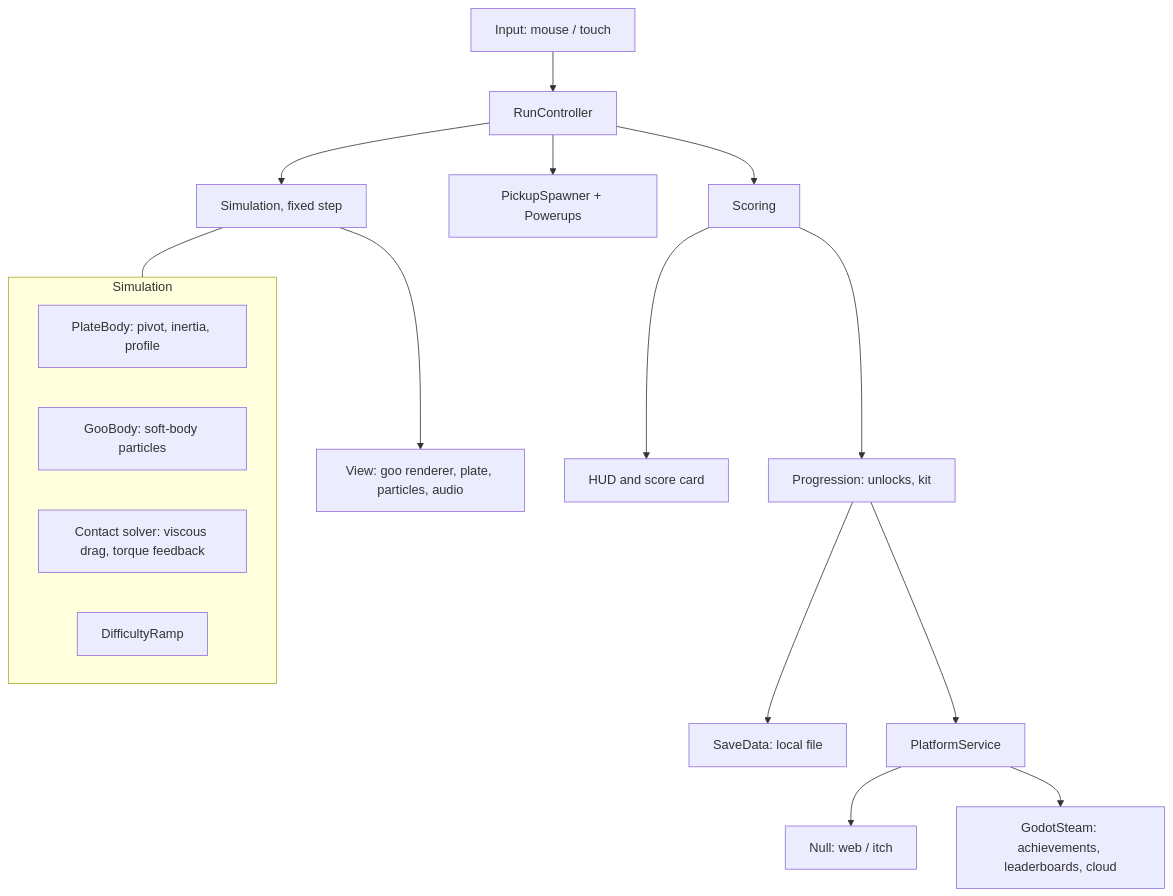
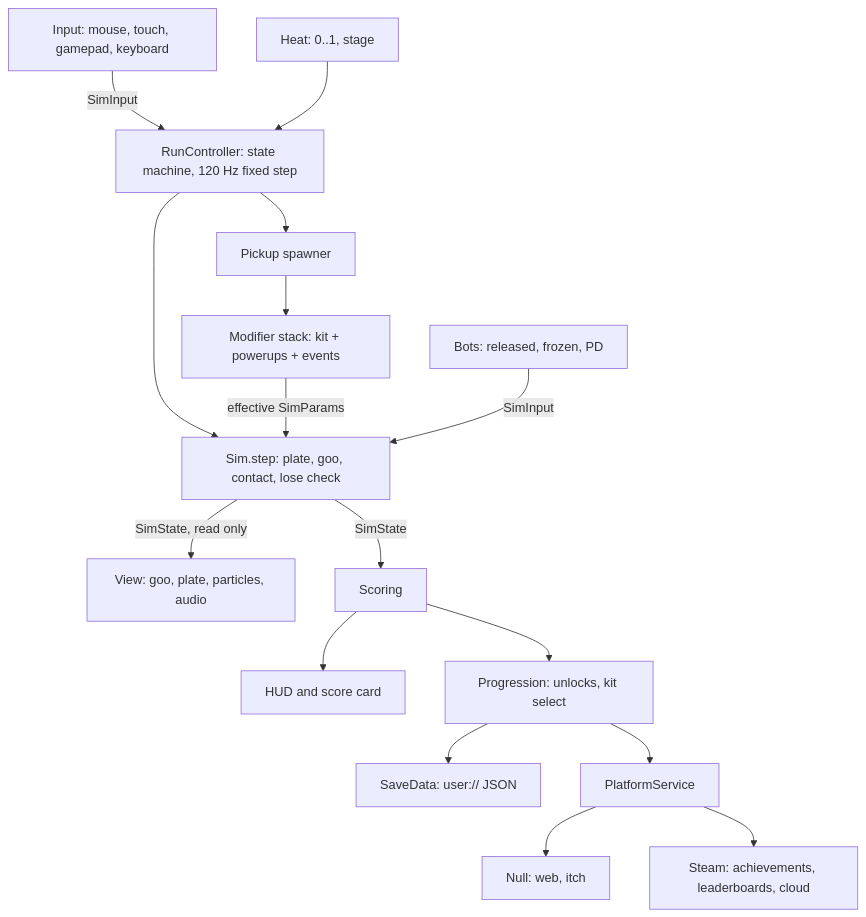
Before and after one commit to Edemkee/slime: the diagram in ARCHITECTURE.md, drawn with Mermaid. The commit also changed other lines of this file and 9 other files, not shown here.

````diff
--- a/ARCHITECTURE.md
+++ b/ARCHITECTURE.md
@@ -14,21 +32,18 @@
 ```mermaid
 flowchart TD
-    Input[Input: mouse / touch] --> Run[RunController]
-    Run --> Sim[Simulation, fixed step]
-    subgraph Sim_parts[Simulation]
-        Plate[PlateBody: pivot, inertia, profile]
-        Goo[GooBody: soft-body particles]
-        Contact[Contact solver: viscous drag, torque feedback]
-        Ramp[DifficultyRamp]
-    end
-    Sim --- Sim_parts
-    Run --> Pickups[PickupSpawner + Powerups]
-    Run --> Score[Scoring]
-    Sim --> View[View: goo renderer, plate, particles, audio]
+    Input[Input: mouse, touch, gamepad, keyboard] -->|SimInput| Run[RunController: state machine, 120 Hz fixed step]
+    Heat[Heat: 0..1, stage] --> Run
+    Run --> Sim[Sim.step: plate, goo, contact, lose check]
+    Mods[Modifier stack: kit + powerups + events] -->|effective SimParams| Sim
+    Run --> Pickups[Pickup spawner]
+    Pickups --> Mods
+    Sim -->|SimState, read only| View[View: goo, plate, particles, audio]
+    Sim -->|SimState| Score[Scoring]
     Score --> HUD[HUD and score card]
-    Score --> Prog[Progression: unlocks, kit]
-    Prog --> Save[SaveData: local file]
+    Score --> Prog[Progression: unlocks, kit select]
+    Prog --> Save[SaveData: user:// JSON]
     Prog --> Platform[PlatformService]
-    Platform --> Null[Null: web / itch]
-    Platform --> Steam[GodotSteam: achievements, leaderboards, cloud]
+    Platform --> Null[Null: web, itch]
+    Platform --> Steam[Steam: achievements, leaderboards, cloud]
+    Bots[Bots: released, frozen, PD] -->|SimInput| Sim
 ```
````
